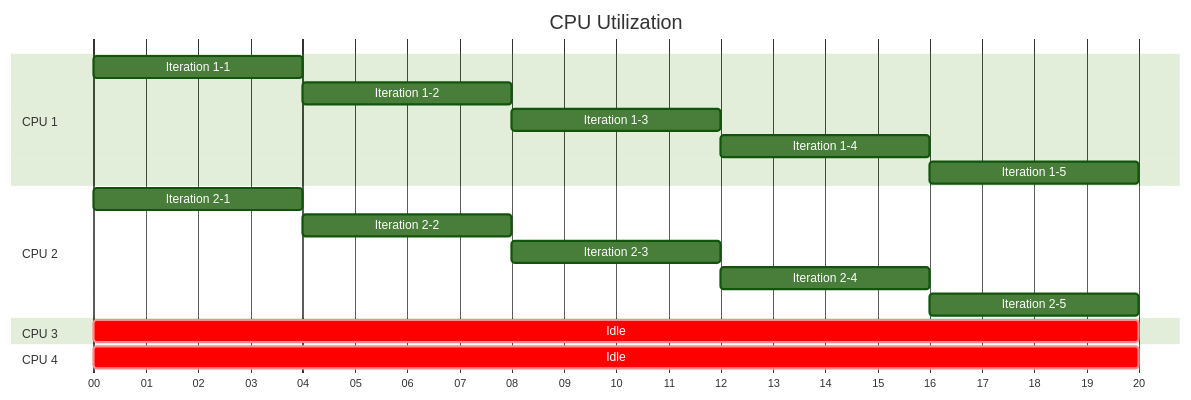
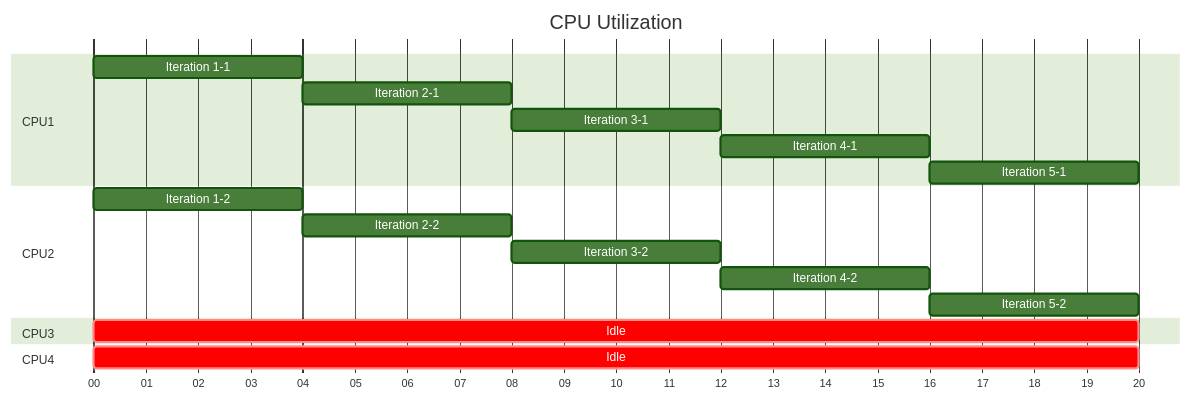
Before and after one commit to mlr-org/mlr3book: the second of 2 diagrams in book/technical.qmd, drawn with Mermaid (forest theme). The commit also changed other lines of this file and 1 other file, not shown here.

````diff
--- a/book/technical.qmd
+++ b/book/technical.qmd
@@ -222,25 +237,27 @@
 ```{mermaid}
+%%| label: fig-parallel-inner
+%%| fig-cap: CPU utilization while parallelizing the inner resampling of a 2-fold cross-validation nested inside a 5-fold cross-validation on 4 CPUs.
 gantt
     title CPU Utilization
     dateFormat  s
     axisFormat %S
-    section CPU 1
+    section CPU1
     Iteration 1-1           :0, 4s
-    Iteration 1-2           :4, 4s
-    Iteration 1-3           :8, 4s
-    Iteration 1-4           :12, 4s
-    Iteration 1-5           :16, 4s
+    Iteration 2-1           :4, 4s
+    Iteration 3-1           :8, 4s
+    Iteration 4-1           :12, 4s
+    Iteration 5-1           :16, 4s
 
-    section CPU 2
-    Iteration 2-1           :0, 4s
+    section CPU2
+    Iteration 1-2           :0, 4s
     Iteration 2-2           :4, 4s
-    Iteration 2-3           :8, 4s
-    Iteration 2-4           :12, 4s
-    Iteration 2-5           :16, 4s
+    Iteration 3-2           :8, 4s
+    Iteration 4-2           :12, 4s
+    Iteration 5-2           :16, 4s
 
-    section CPU 3
+    section CPU3
     Idle                    :crit, 0, 20s
 
-    section CPU 4
+    section CPU4
     Idle                    :crit, 0, 20s
 ```
````
